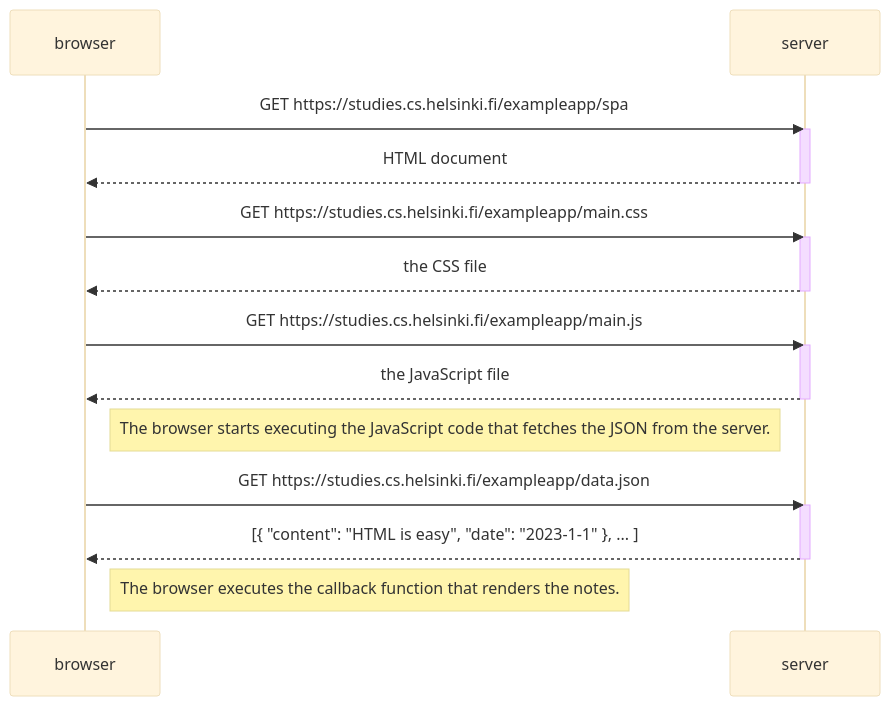
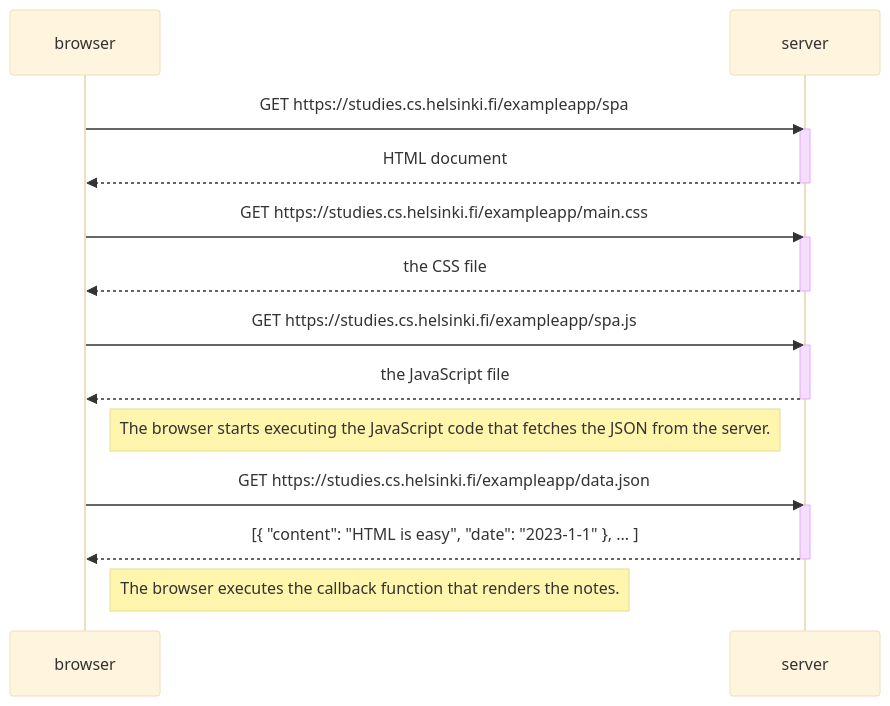
One commit to literallydozens/full-stack-open changed the diagram in part0/0.5 - Single page app diagram.md. Above: the diagram before and after it, drawn with Mermaid (base theme). The commit also changed 1 other file, not shown here.

Commit message:
Add file for exercise 0.6

````diff
--- a/part0/0.5 - Single page app diagram.md
+++ b/part0/0.5 - Single page app diagram.md
@@ -1,29 +1,29 @@
 ```mermaid
 sequenceDiagram
     participant browser
     participant server
 
     browser->>server: GET https://studies.cs.helsinki.fi/exampleapp/spa
     activate server
     server-->>browser: HTML document
     deactivate server
 
     browser->>server: GET https://studies.cs.helsinki.fi/exampleapp/main.css
     activate server
     server-->>browser: the CSS file
     deactivate server
 
-    browser->>server: GET https://studies.cs.helsinki.fi/exampleapp/main.js
+    browser->>server: GET https://studies.cs.helsinki.fi/exampleapp/spa.js
     activate server
     server-->>browser: the JavaScript file
     deactivate server
 
     Note right of browser: The browser starts executing the JavaScript code that fetches the JSON from the server.
 
     browser->>server: GET https://studies.cs.helsinki.fi/exampleapp/data.json
     activate server
     server-->>browser: [{ "content": "HTML is easy", "date": "2023-1-1" }, ... ]
     deactivate server
 
     Note right of browser: The browser executes the callback function that renders the notes.
 ```
````
